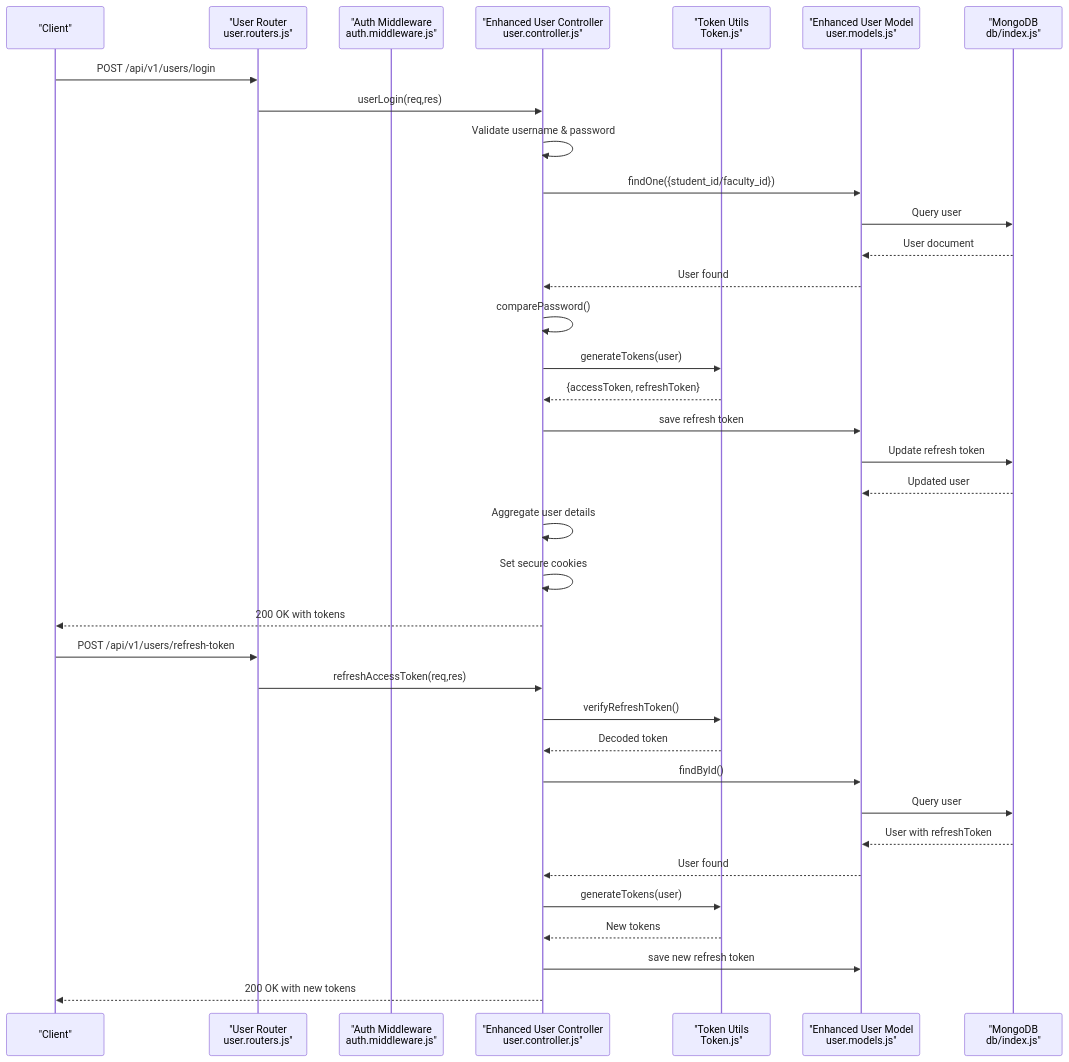
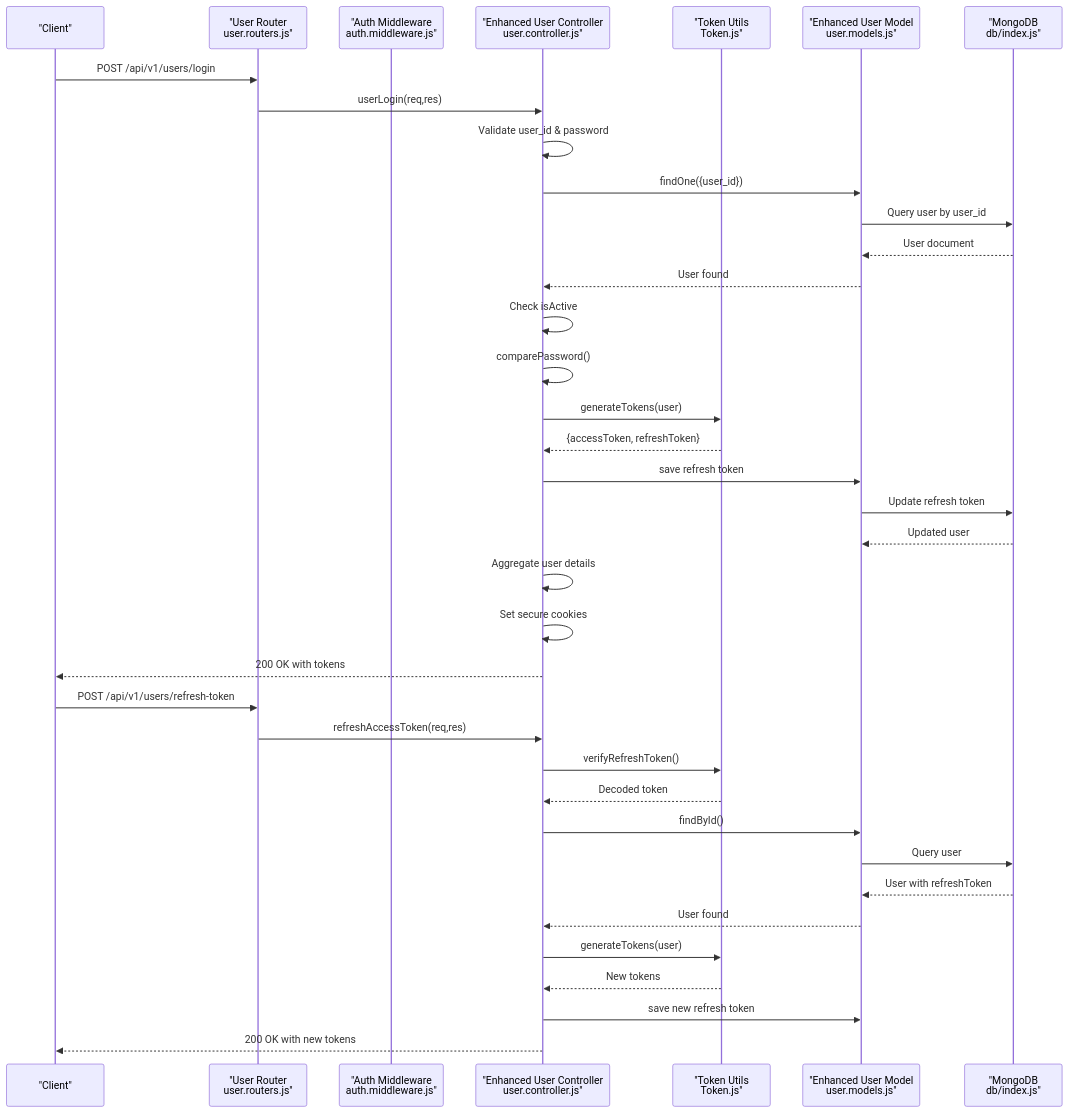
The second of 9 diagrams in .qoder/repowiki/en/content/Authentication & Authorization/Backend Authentication Controller.md (Aryan9060/Timetable-Project), drawn with Mermaid before and after one commit. The commit also changed other lines of this file and 6 other files, not shown here.

````diff
--- a/.qoder/repowiki/en/content/Authentication & Authorization/Backend Authentication Controller.md
+++ b/.qoder/repowiki/en/content/Authentication & Authorization/Backend Authentication Controller.md
@@ -133,38 +143,39 @@
 ```mermaid
 sequenceDiagram
 participant Client as "Client"
 participant Router as "User Router<br/>user.routers.js"
 participant AuthMW as "Auth Middleware<br/>auth.middleware.js"
 participant Ctrl as "Enhanced User Controller<br/>user.controller.js"
 participant TokenUtil as "Token Utils<br/>Token.js"
 participant Model as "Enhanced User Model<br/>user.models.js"
 participant DB as "MongoDB<br/>db/index.js"
 Client->>Router : POST /api/v1/users/login
 Router->>Ctrl : userLogin(req,res)
-Ctrl->>Ctrl : Validate username & password
-Ctrl->>Model : findOne({student_id/faculty_id})
-Model->>DB : Query user
+Ctrl->>Ctrl : Validate user_id & password
+Ctrl->>Model : findOne({user_id})
+Model->>DB : Query user by user_id
 DB-->>Model : User document
 Model-->>Ctrl : User found
+Ctrl->>Ctrl : Check isActive
 Ctrl->>Ctrl : comparePassword()
 Ctrl->>TokenUtil : generateTokens(user)
 TokenUtil-->>Ctrl : {accessToken, refreshToken}
 Ctrl->>Model : save refresh token
 Model->>DB : Update refresh token
 DB-->>Model : Updated user
 Ctrl->>Ctrl : Aggregate user details
 Ctrl->>Ctrl : Set secure cookies
 Ctrl-->>Client : 200 OK with tokens
 Client->>Router : POST /api/v1/users/refresh-token
 Router->>Ctrl : refreshAccessToken(req,res)
 Ctrl->>TokenUtil : verifyRefreshToken()
 TokenUtil-->>Ctrl : Decoded token
 Ctrl->>Model : findById()
 Model->>DB : Query user
 DB-->>Model : User with refreshToken
 Model-->>Ctrl : User found
 Ctrl->>TokenUtil : generateTokens(user)
 TokenUtil-->>Ctrl : New tokens
 Ctrl->>Model : save new refresh token
 Ctrl-->>Client : 200 OK with new tokens
 ```
````
